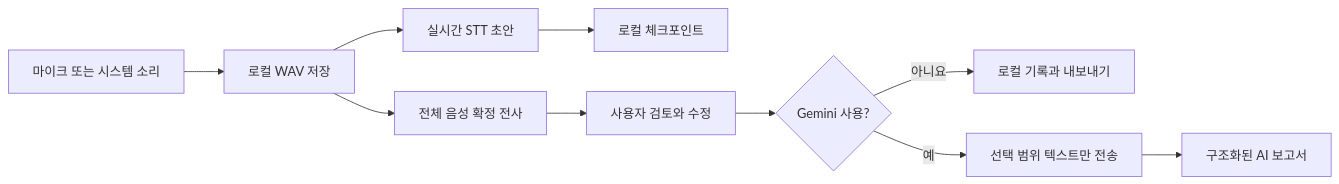
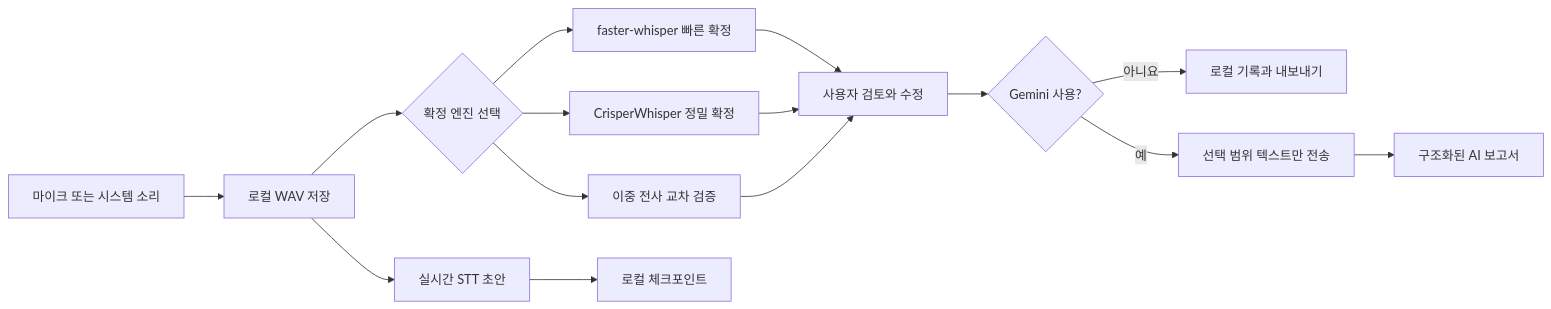
One commit to ko9ma7/MeetingFlow changed the diagram in README.md. Above: the diagram before and after it, drawn with Mermaid. The commit also changed other lines of this file and 15 other files, not shown here.

Commit message:
feat: integrate CrisperWhisper precision STT

````diff
--- a/README.md
+++ b/README.md
@@ -38,12 +41,17 @@
 ```mermaid
 flowchart LR
     A[마이크 또는 시스템 소리] --> B[로컬 WAV 저장]
     B --> C[실시간 STT 초안]
-    B --> D[전체 음성 확정 전사]
+    B --> D{확정 엔진 선택}
+    D --> K[faster-whisper 빠른 확정]
+    D --> L[CrisperWhisper 정밀 확정]
+    D --> M[이중 전사 교차 검증]
     C --> E[로컬 체크포인트]
-    D --> F[사용자 검토와 수정]
+    K --> F[사용자 검토와 수정]
+    L --> F
+    M --> F
     F --> G{Gemini 사용?}
     G -- 아니요 --> H[로컬 기록과 내보내기]
     G -- 예 --> I[선택 범위 텍스트만 전송]
     I --> J[구조화된 AI 보고서]
 ```
````
